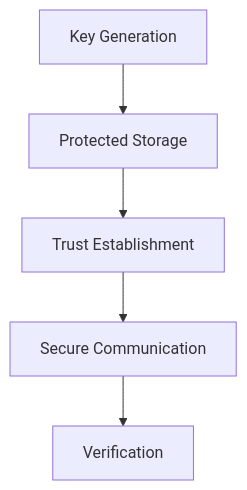
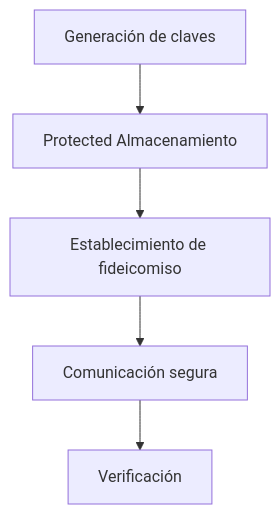
The diagram in es/security/cryptography.mdx (enigm-llc/docs), drawn with Mermaid before and after one commit. The commit also changed other lines of this file and 43 other files, not shown here.

````diff
--- a/es/security/cryptography.mdx
+++ b/es/security/cryptography.mdx
@@ -51,10 +27,13 @@
 ```mermaid
 flowchart TD
-  Gen["Key Generation"]
-  Store["Protected Storage"]
-  Trust["Trust Establishment"]
-  Comm["Secure Communication"]
-  Verify["Verification"]
+  Generation["Generación de claves"]
+  Storage["Protected Almacenamiento"]
+  Trust["Establecimiento de fideicomiso"]
+  Communication["Comunicación segura"]
+  Verification["Verificación"]
 
-  Gen --> Store --> Trust --> Comm --> Verify
+  Generation --> Storage
+  Storage --> Trust
+  Trust --> Communication
+  Communication --> Verification
 ```
````
